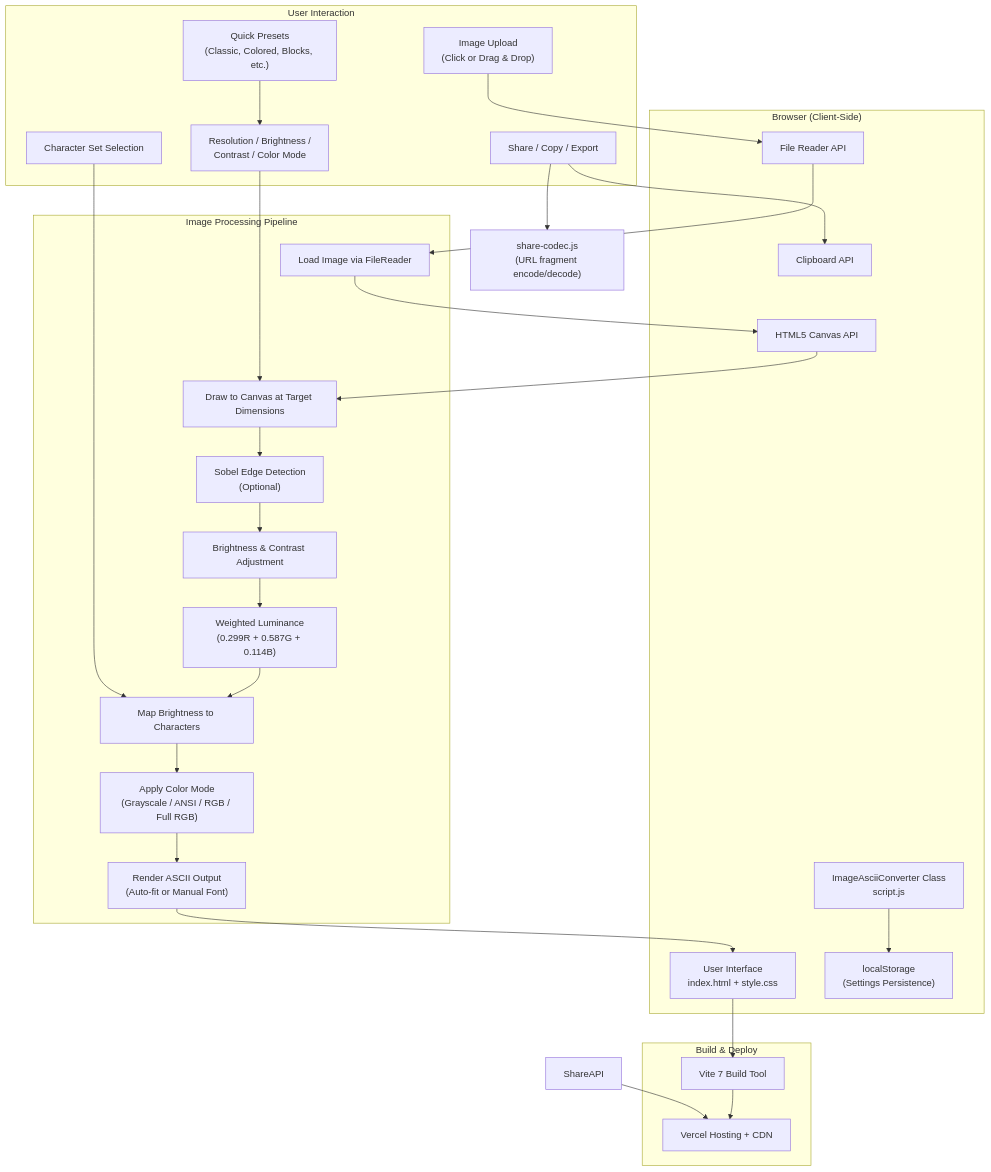
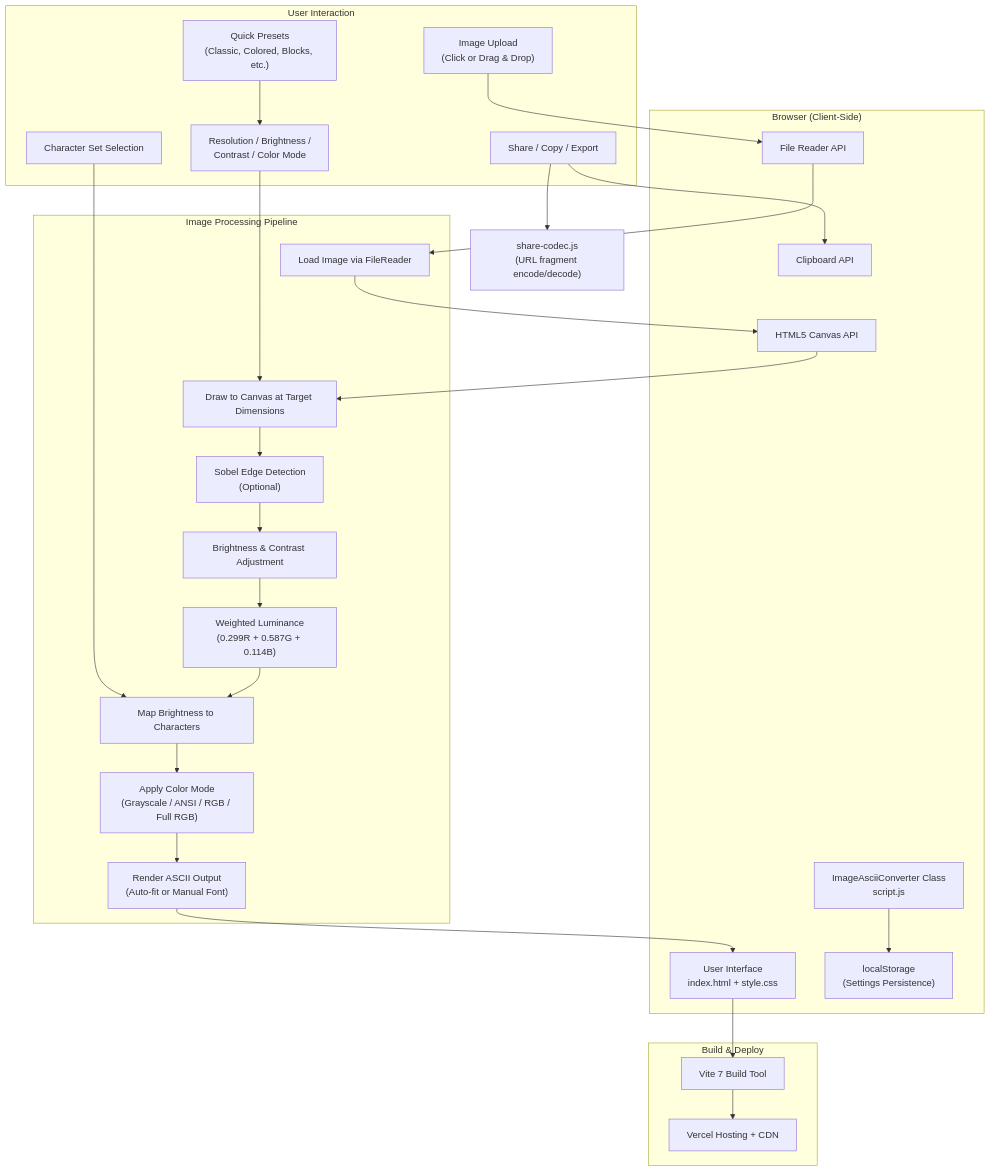
Before and after one commit to Technical-1/Image-To-Ascii-Vite: the first of 2 diagrams in .portfolio/architecture.md, drawn with Mermaid. The commit also changed 1 other file, not shown here.

Commit message:
docs: fix dangling mermaid edge + correct false C2 'resolved' status
C2 (unbounded canvas in create mode) is a client-side bug NOT fixed by
the URL-share backend removal; reverted to open with an honest note.
Removed the ShareAPI-->Vercel edge that referenced a deleted node.

````diff
--- a/.portfolio/architecture.md
+++ b/.portfolio/architecture.md
@@ -5,59 +5,58 @@
 ```mermaid
 flowchart TB
     subgraph Client["Browser (Client-Side)"]
         UI["User Interface<br/>index.html + style.css"]
         Converter["ImageAsciiConverter Class<br/>script.js"]
         Canvas["HTML5 Canvas API"]
         FileAPI["File Reader API"]
         Clipboard["Clipboard API"]
         Storage["localStorage<br/>(Settings Persistence)"]
     end
 
     subgraph UserInteraction["User Interaction"]
         Upload["Image Upload<br/>(Click or Drag & Drop)"]
         Controls["Resolution / Brightness /<br/>Contrast / Color Mode"]
         CharSet["Character Set Selection"]
         Presets["Quick Presets<br/>(Classic, Colored, Blocks, etc.)"]
         Actions["Share / Copy / Export"]
     end
 
     subgraph Processing["Image Processing Pipeline"]
         Load["Load Image via FileReader"]
         Resize["Draw to Canvas at Target Dimensions"]
         Edge["Sobel Edge Detection<br/>(Optional)"]
         BrightContrast["Brightness & Contrast Adjustment"]
         Grayscale["Weighted Luminance<br/>(0.299R + 0.587G + 0.114B)"]
         Map["Map Brightness to Characters"]
         Colorize["Apply Color Mode<br/>(Grayscale / ANSI / RGB / Full RGB)"]
         Render["Render ASCII Output<br/>(Auto-fit or Manual Font)"]
     end
 
     ShareCodec["share-codec.js<br/>(URL fragment encode/decode)"]
 
     Upload --> FileAPI
     FileAPI --> Load
     Load --> Canvas
     Canvas --> Resize
     Controls --> Resize
     Resize --> Edge
     Edge --> BrightContrast
     BrightContrast --> Grayscale
     Grayscale --> Map
     CharSet --> Map
     Presets --> Controls
     Map --> Colorize
     Colorize --> Render
     Render --> UI
     Actions --> Clipboard
     Actions --> ShareCodec
     Converter --> Storage
 
     subgraph Build["Build & Deploy"]
         Vite["Vite 7 Build Tool"]
         Vercel["Vercel Hosting + CDN"]
     end
 
     UI --> Vite
     Vite --> Vercel
-    ShareAPI --> Vercel
 ```
````
